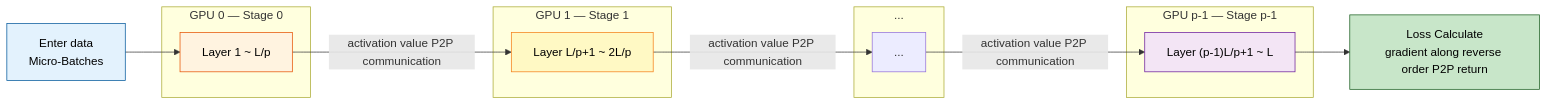
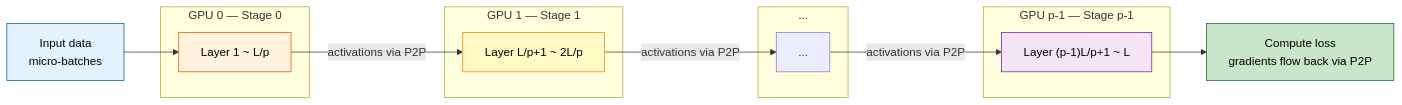
Diagram 11 of 29 in _translations/en/research/LLM-Training-Survey.md (TingdeLiu/tingdeliu.github.io), drawn with Mermaid before and after one commit. The commit also changed other lines of this file and 2 other files, not shown here.

First line of the commit message:
docs(llm-survey): polish English edition and add evolution timeline

````diff
--- a/_translations/en/research/LLM-Training-Survey.md
+++ b/_translations/en/research/LLM-Training-Survey.md
@@ -2526,29 +2544,29 @@
 ```mermaid
 flowchart LR
-    DATA["Enter data<br>Micro-Batches"]
+    DATA["Input data<br>micro-batches"]
 
     subgraph S0 ["GPU 0 — Stage 0"]
         L0["Layer 1 ~ L/p"]
     end
     subgraph S1 ["GPU 1 — Stage 1"]
         L1["Layer L/p+1 ~ 2L/p"]
     end
     subgraph SX ["..."]
         LX["..."]
     end
     subgraph SP ["GPU p-1 — Stage p-1"]
         LP["Layer (p-1)L/p+1 ~ L"]
     end
 
     DATA --> L0
-    L0 -->|"activation value P2P communication"| L1
-    L1 -->|"activation value P2P communication"| LX
-    LX -->|"activation value P2P communication"| LP
-    LP --> LOSS["Loss Calculate<br>gradient along reverse order P2P return"]
+    L0 -->|"activations via P2P"| L1
+    L1 -->|"activations via P2P"| LX
+    LX -->|"activations via P2P"| LP
+    LP --> LOSS["Compute loss<br>gradients flow back via P2P"]
 
     style DATA fill:#e3f2fd,stroke:#01579b,color:#000
     style L0 fill:#fff3e0,stroke:#e65100,color:#000
     style L1 fill:#fff9c4,stroke:#f57f17,color:#000
     style LP fill:#f3e5f5,stroke:#6a1b9a,color:#000
     style LOSS fill:#c8e6c9,stroke:#1b5e20,color:#000
 ```
````
